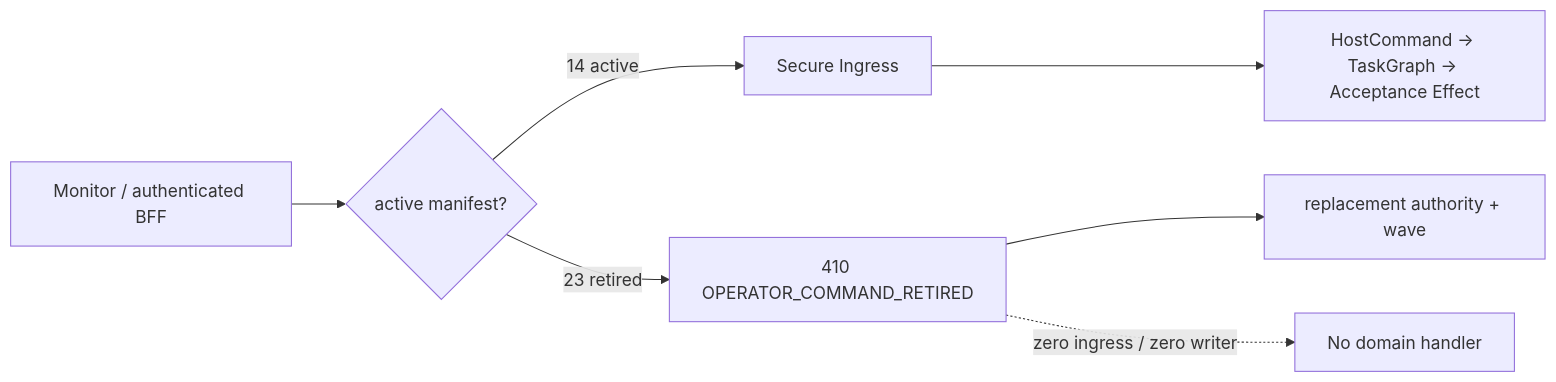
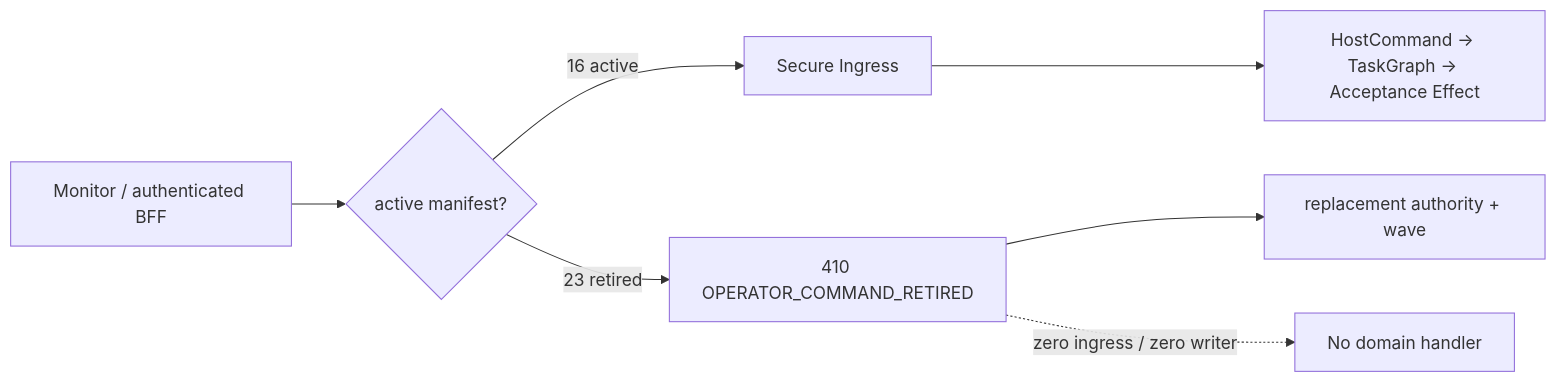
Before and after one commit to SakuraYoruno/Natsume_Ai: the third of 57 diagrams in docs/50_project/arch/DATA_FLOW_ARCHITECTURE.md, drawn with Mermaid. The commit also changed other lines of this file and 47 other files, not shown here.

````diff
--- a/docs/50_project/arch/DATA_FLOW_ARCHITECTURE.md
+++ b/docs/50_project/arch/DATA_FLOW_ARCHITECTURE.md
@@ -132,9 +132,9 @@
 ```mermaid
 flowchart LR
     UI["Monitor / authenticated BFF"] --> M{"active manifest?"}
-    M -->|"14 active"| S["Secure Ingress"]
+    M -->|"16 active"| S["Secure Ingress"]
     S --> G["HostCommand → TaskGraph → Acceptance Effect"]
     M -->|"23 retired"| R["410 OPERATOR_COMMAND_RETIRED"]
     R --> P["replacement authority + wave"]
     R -. "zero ingress / zero writer" .-> X["No domain handler"]
 ```
````
